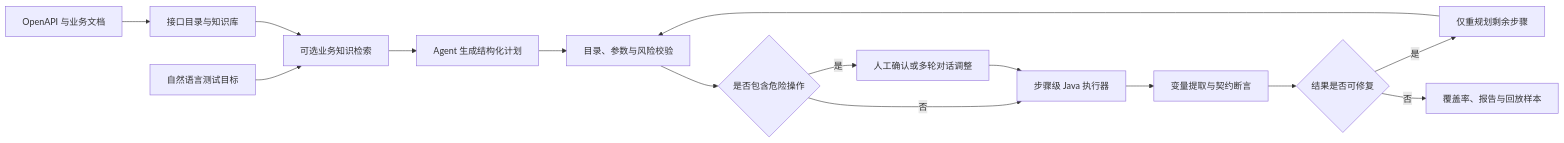
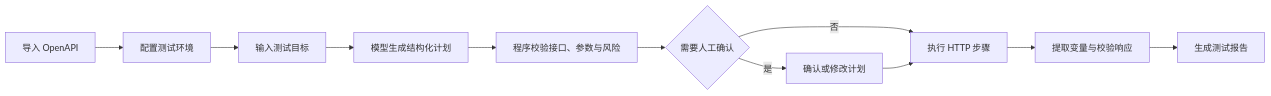
Before and after one commit to Dawdawqaq/api-pilot-agent: the diagram in README.md, drawn with Mermaid. The commit also changed other lines of this file and 30 other files, not shown here.

````diff
--- a/README.md
+++ b/README.md
@@ -43,17 +25,13 @@
 ```mermaid
 flowchart LR
-    A["OpenAPI 与业务文档"] --> B["接口目录与知识库"]
-    U["自然语言测试目标"] --> C["可选业务知识检索"]
-    B --> C
-    C --> D["Agent 生成结构化计划"]
-    D --> E["目录、参数与风险校验"]
-    E --> F{"是否包含危险操作"}
-    F -->|是| G["人工确认或多轮对话调整"]
-    F -->|否| H["步骤级 Java 执行器"]
+    A[导入 OpenAPI] --> B[配置测试环境]
+    B --> C[输入测试目标]
+    C --> D[模型生成结构化计划]
+    D --> E[程序校验接口、参数与风险]
+    E --> F{需要人工确认}
+    F -->|是| G[确认或修改计划]
+    F -->|否| H[执行 HTTP 步骤]
     G --> H
-    H --> I["变量提取与契约断言"]
-    I --> J{"结果是否可修复"}
-    J -->|是| K["仅重规划剩余步骤"]
-    K --> E
-    J -->|否| L["覆盖率、报告与回放样本"]
+    H --> I[提取变量与校验响应]
+    I --> J[生成测试报告]
 ```
````
